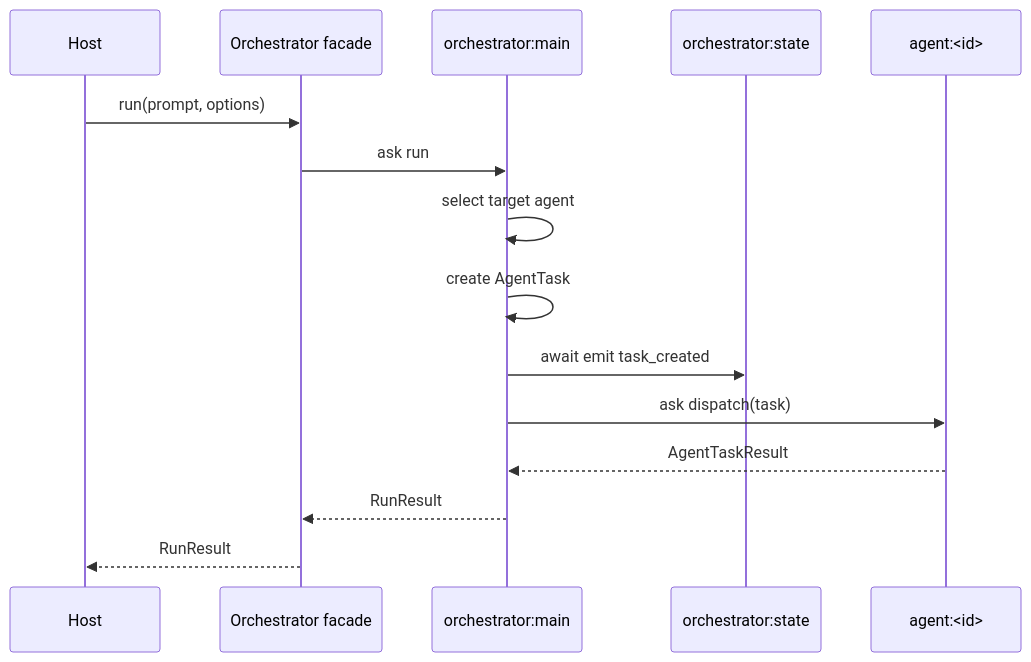
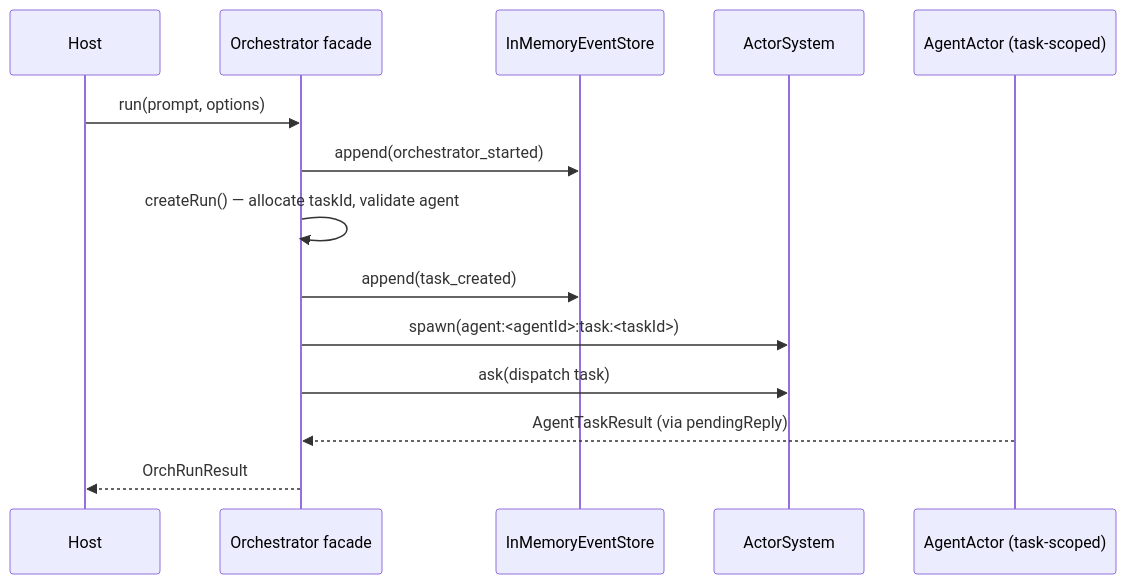
One commit to biuld/piko changed the first of 2 diagrams in packages/orchestrator/docs/actors/main-actor.md. Above: the diagram before and after it, drawn with Mermaid. The commit also changed other lines of this file and 48 other files, not shown here.

Commit message:
refactor orchestrator task actor architecture

````diff
--- a/packages/orchestrator/docs/actors/main-actor.md
+++ b/packages/orchestrator/docs/actors/main-actor.md
@@ -95,18 +31,17 @@
 ```mermaid
 sequenceDiagram
   participant Host
   participant Facade as Orchestrator facade
-  participant Main as orchestrator:main
-  participant State as orchestrator:state
-  participant Agent as agent:<id>
+  participant Store as InMemoryEventStore
+  participant Kernel as ActorSystem
+  participant Agent as AgentActor (task-scoped)
 
   Host->>Facade: run(prompt, options)
-  Facade->>Main: ask run
-  Main->>Main: select target agent
-  Main->>Main: create AgentTask
-  Main->>State: await emit task_created
-  Main->>Agent: ask dispatch(task)
-  Agent-->>Main: AgentTaskResult
-  Main-->>Facade: RunResult
-  Facade-->>Host: RunResult
+  Facade->>Store: append(orchestrator_started)
+  Facade->>Facade: createRun() — allocate taskId, validate agent
+  Facade->>Store: append(task_created)
+  Facade->>Kernel: spawn(agent:<agentId>:task:<taskId>)
+  Facade->>Kernel: ask(dispatch task)
+  Agent-->>Facade: AgentTaskResult (via pendingReply)
+  Facade-->>Host: OrchRunResult
 ```
````
